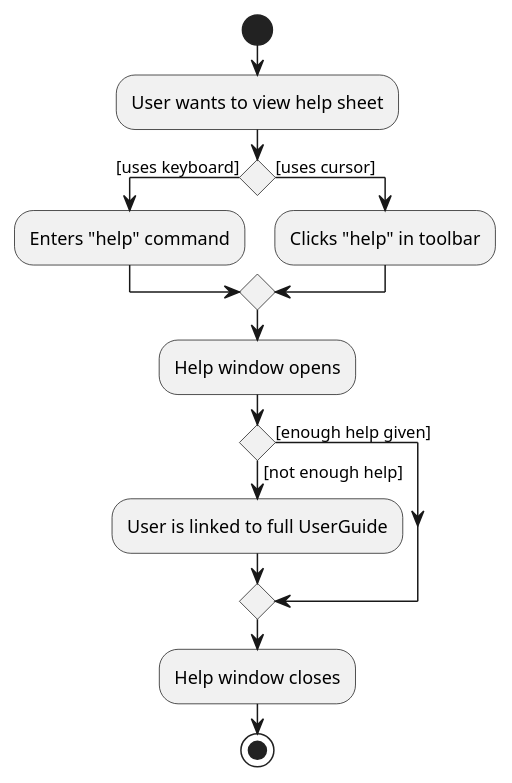
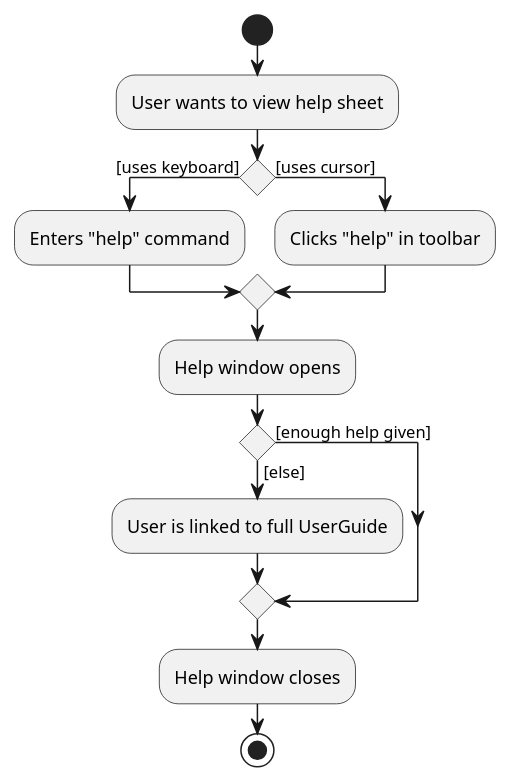
Before and after one commit to nus-cs2103-AY2223S2/tp: the diagram in docs/diagrams/plantuml/HelpWindow.puml, drawn with PlantUML. The commit also changed 1 other file, not shown here.

Commit message:
Polish activity diagram help

```diff
--- a/docs/diagrams/plantuml/HelpWindow.puml
+++ b/docs/diagrams/plantuml/HelpWindow.puml
@@ -1,23 +1,23 @@
 @startuml
 'https://plantuml.com/activity-diagram-beta
 
 start
 :User wants to view help sheet;
 if () then ([uses keyboard])
 :Enters "help" command;
 else ([uses cursor]);
 :Clicks "help" in toolbar;
 endif;
 
 :Help window opens;
 
 if () then ([enough help given])
 
-else ([not enough help])
+else ([else])
 :User is linked to full UserGuide;
 endif
 
 :Help window closes;
 stop
 
 @enduml
```
